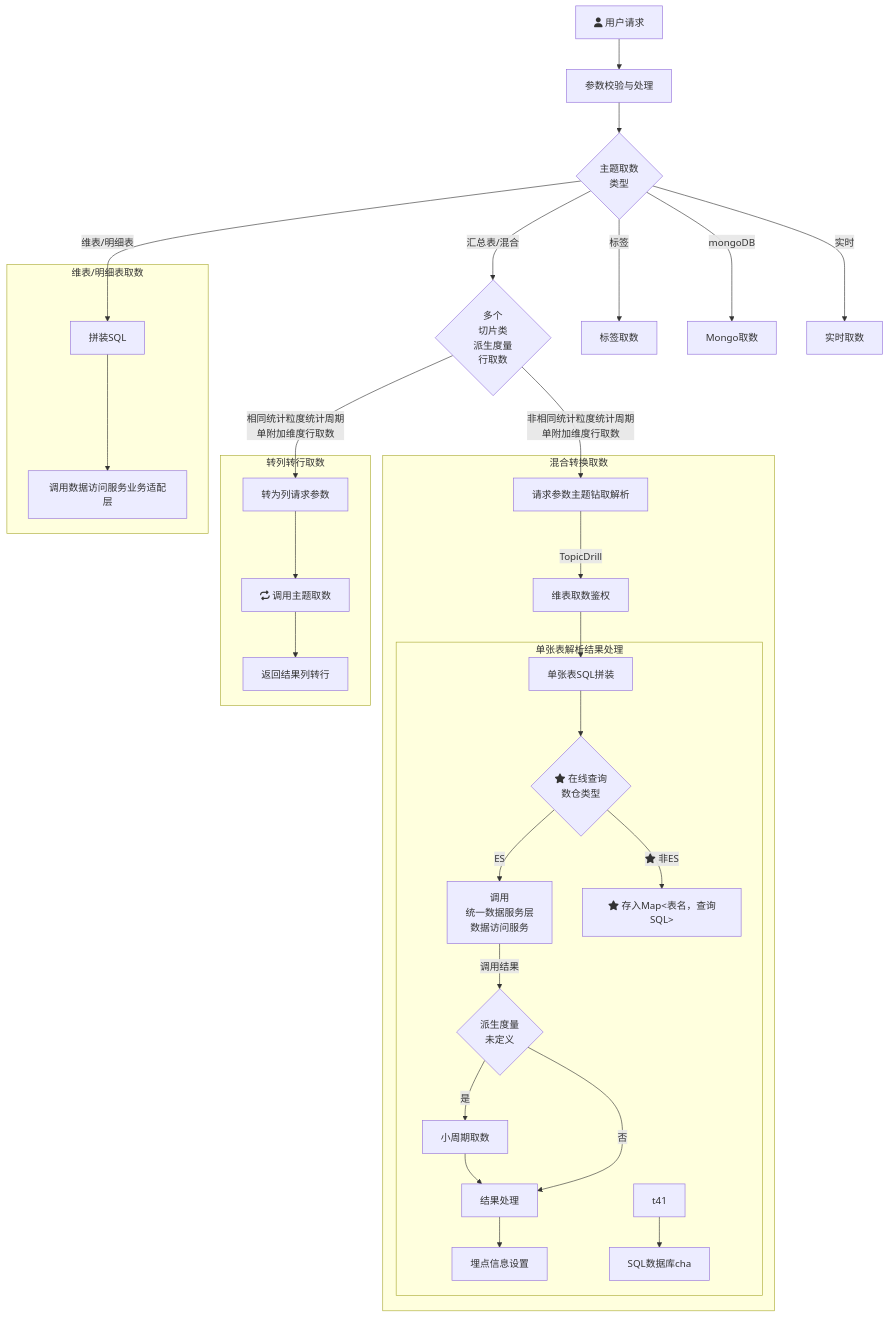
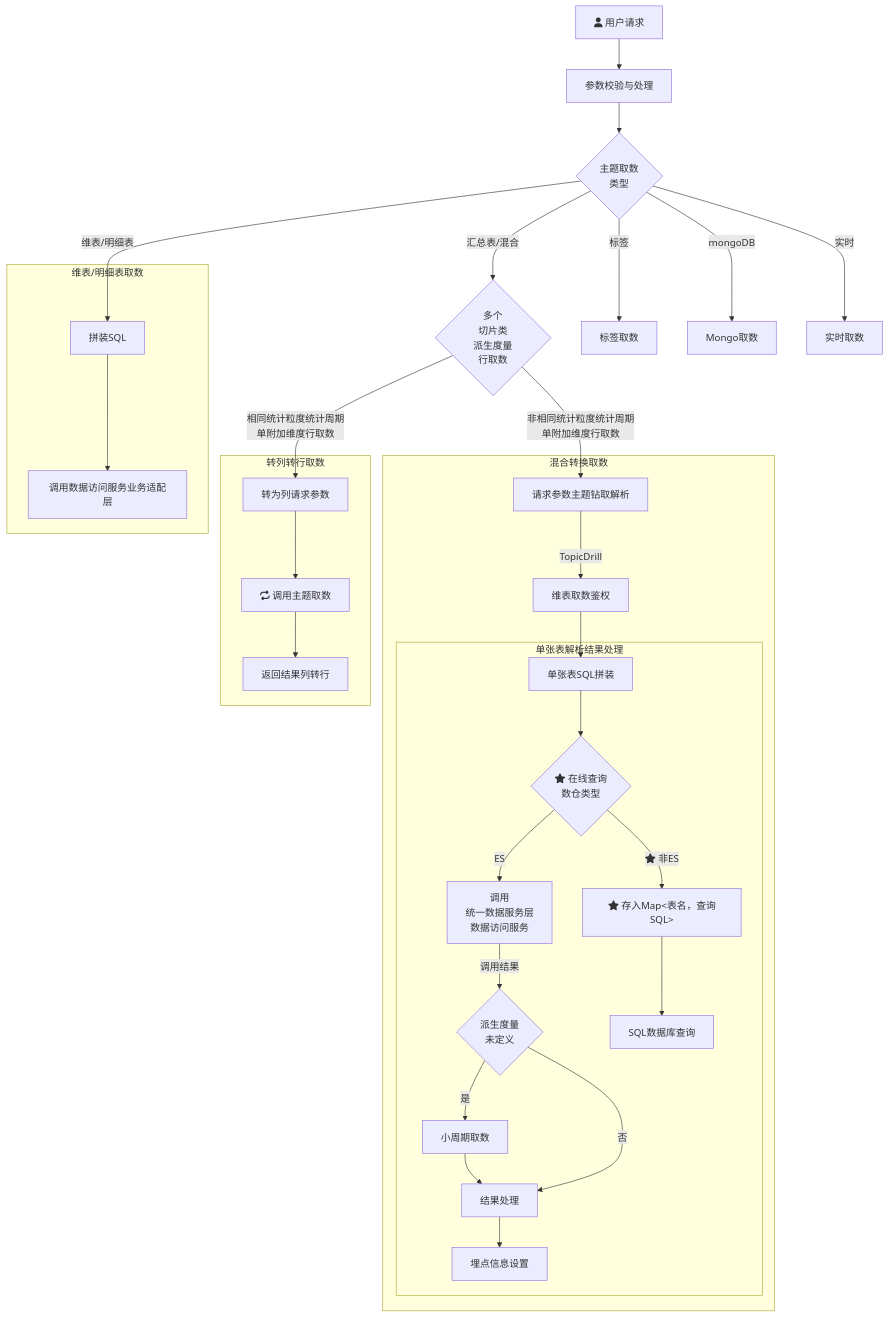
One commit to yanglosm/iodraw-files changed the diagram in all/未命名.md. Above: the diagram before and after it, drawn with Mermaid.

Commit message:
2024-11-29 19:30:34 update

````diff
--- a/all/未命名.md
+++ b/all/未命名.md
@@ -1,27 +1,27 @@
 ```mermaid
 flowchart TD
     A[fa:fa-user 用户请求] -->A1[参数校验与处理] --> B{主题取数\n类型}
     B -->|维表/明细表| D[拼装SQL]
     B -->|汇总表/混合| E{多个\n切片类\n派生度量\n行取数}
     B -->|标签| F[标签取数]
     B -->|mongoDB| G[Mongo取数]
     B -->|实时| H[实时取数]
     E -->|相同统计粒度统计周期\n单附加维度行取数| E1[转为列请求参数]
     E -->|非相同统计粒度统计周期\n单附加维度行取数| T1[请求参数主题钻取解析]
     subgraph 维表/明细表取数
     D-->D1[调用数据访问服务业务适配层]
     end
     subgraph 转列转行取数
     E1-->E11[fa:fa-repeat 调用主题取数]-->E12[返回结果列转行]
     end
     subgraph 混合转换取数
     T1-->|TopicDrill| T2[维表取数鉴权] --> T31[单张表SQL拼装]
         subgraph 单张表解析结果处理
         T31 --> T4{fa:fa-star 在线查询\n数仓类型}-->|ES|T32[调用\n统一数据服务层\n数据访问服务] --> |调用结果|T33{派生度量\n未定义}
         T33 --> |是|T33_1[小周期取数]-->T34[结果处理]-->T35[埋点信息设置]
         T33 --> |否|T34
         T4 --> |fa:fa-star 非ES|T41["fa:fa-star 存入Map<表名，查询SQL>"]
-        t41 --> t42[SQL数据库cha]
+        T41 --> t42[SQL数据库查询]
         end
     end
 ```
````
